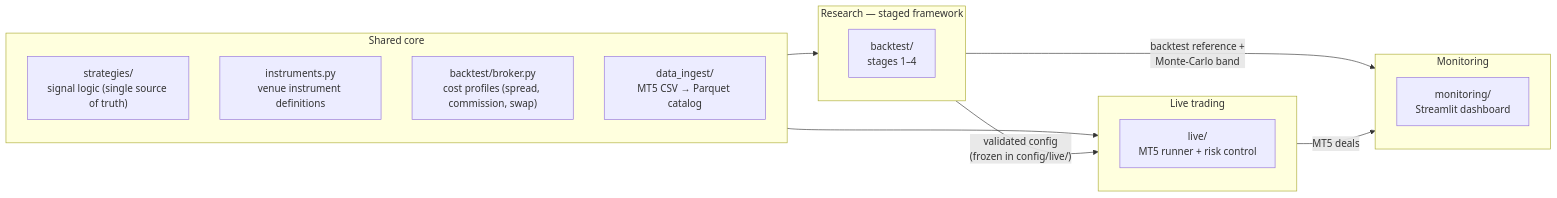
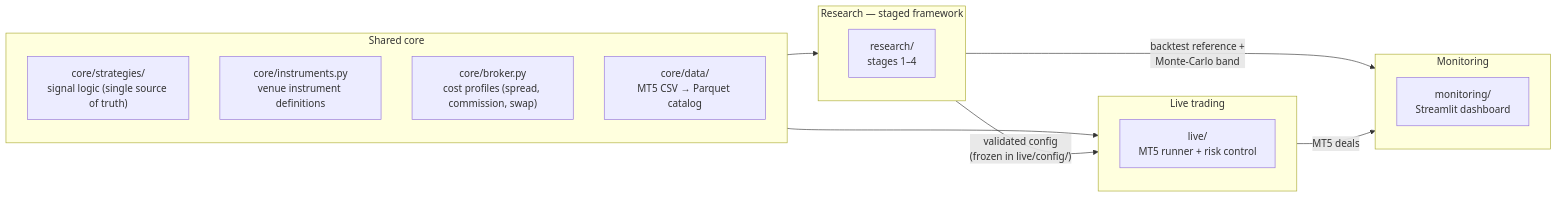
Before and after one commit to QPlus-Capital/trading-system: the first of 5 diagrams in docs/architecture.md, drawn with Mermaid. The commit also changed other lines of this file and 156 other files, not shown here.

````diff
--- a/docs/architecture.md
+++ b/docs/architecture.md
@@ -19,27 +19,27 @@
 ```mermaid
 flowchart LR
     subgraph CORE["Shared core"]
-        STRAT["strategies/<br/>signal logic (single source of truth)"]
-        INSTR["instruments.py<br/>venue instrument definitions"]
-        BROKER["backtest/broker.py<br/>cost profiles (spread, commission, swap)"]
-        INGEST["data_ingest/<br/>MT5 CSV → Parquet catalog"]
+        STRAT["core/strategies/<br/>signal logic (single source of truth)"]
+        INSTR["core/instruments.py<br/>venue instrument definitions"]
+        BROKER["core/broker.py<br/>cost profiles (spread, commission, swap)"]
+        INGEST["core/data/<br/>MT5 CSV → Parquet catalog"]
     end
 
     subgraph RESEARCH["Research — staged framework"]
-        PIPE["backtest/<br/>stages 1–4"]
+        PIPE["research/<br/>stages 1–4"]
     end
 
     subgraph LIVE["Live trading"]
         RUN["live/<br/>MT5 runner + risk control"]
     end
 
     subgraph MON["Monitoring"]
         DASH["monitoring/<br/>Streamlit dashboard"]
     end
 
     CORE --> RESEARCH
     CORE --> LIVE
-    RESEARCH -- "validated config<br/>(frozen in config/live/)" --> LIVE
+    RESEARCH -- "validated config<br/>(frozen in live/config/)" --> LIVE
     RESEARCH -- "backtest reference +<br/>Monte-Carlo band" --> MON
     LIVE -- "MT5 deals" --> MON
 ```
````
